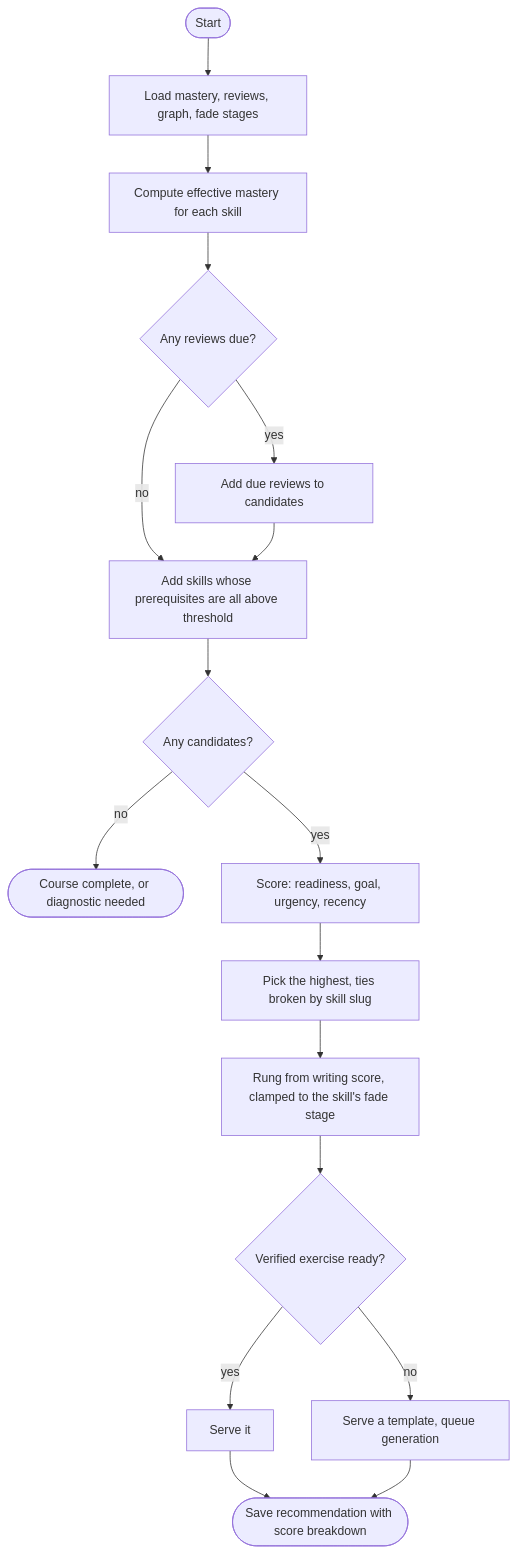
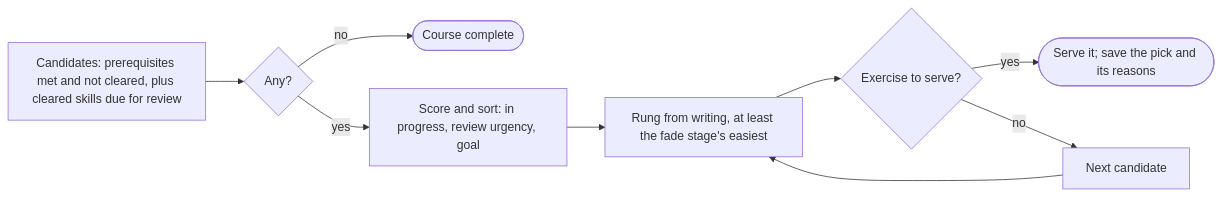
Before and after one commit to Nidanos/ai-tutor-platform: the seventh of 19 diagrams in DOCS/phase-3/MP3-Draft-Report.md, drawn with Mermaid. The commit also changed other lines of this file and 1 other file, not shown here.

````diff
--- a/DOCS/phase-3/MP3-Draft-Report.md
+++ b/DOCS/phase-3/MP3-Draft-Report.md
@@ -515,19 +535,11 @@
 ```mermaid
-flowchart TD
-  S0([Start]) --> A["Load mastery, reviews, graph, fade stages"]
-  A --> B["Compute effective mastery for each skill"]
-  B --> C{"Any reviews due?"}
-  C -->|yes| D["Add due reviews to candidates"]
-  C -->|no| E
-  D --> E["Add skills whose prerequisites are all above threshold"]
-  E --> F{"Any candidates?"}
-  F -->|no| G(["Course complete, or diagnostic needed"])
-  F -->|yes| H["Score: readiness, goal, urgency, recency"]
-  H --> I["Pick the highest, ties broken by skill slug"]
-  I --> J["Rung from writing score, clamped to the skill's fade stage"]
-  J --> K{"Verified exercise ready?"}
-  K -->|yes| M["Serve it"]
-  K -->|no| N["Serve a template, queue generation"]
-  M --> O(["Save recommendation with score breakdown"])
-  N --> O
+flowchart LR
+  A["Candidates: prerequisites met and not cleared, plus cleared skills due for review"] --> F{"Any?"}
+  F -->|no| G(["Course complete"])
+  F -->|yes| H["Score and sort: in progress, review urgency, goal"]
+  H --> J["Rung from writing, at least the fade stage's easiest"]
+  J --> K{"Exercise to serve?"}
+  K -->|yes| O(["Serve it; save the pick and its reasons"])
+  K -->|no| N["Next candidate"]
+  N --> J
 ```
````
